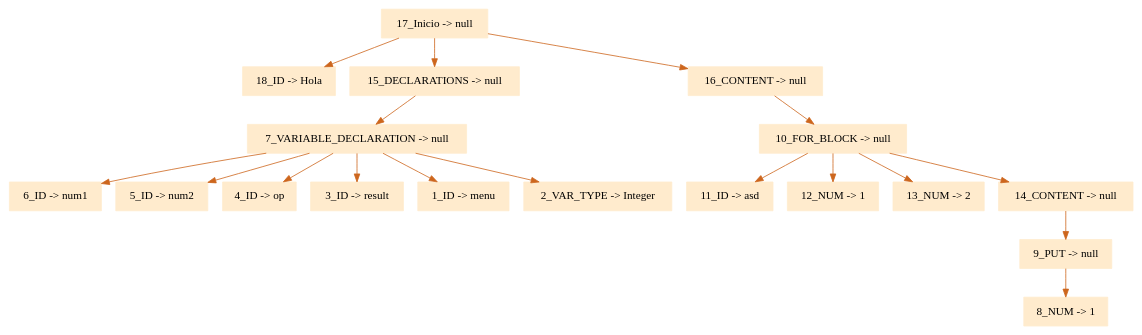
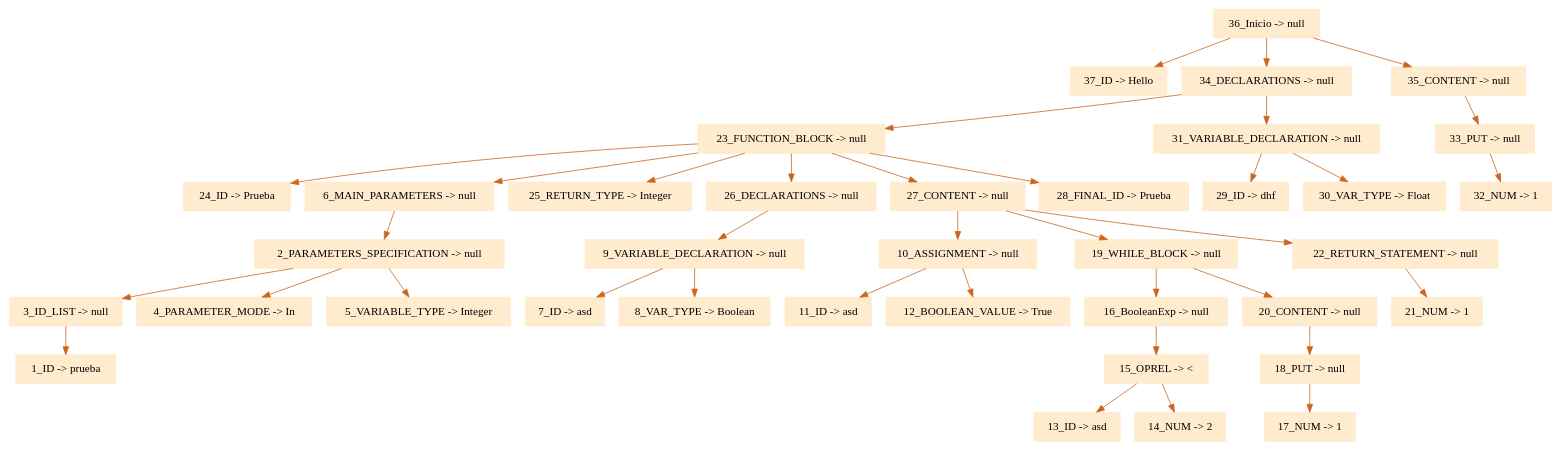
Before and after one commit to FranciscoPagoaga/Ada95-Compiler: the diagram in arbol.dot, drawn with Graphviz. The commit also changed 32 other files, not shown here.

```diff
--- a/arbol.dot
+++ b/arbol.dot
@@ -1,22 +1,41 @@
 digraph G {node[shape=box, style=filled, color=blanchedalmond]; edge[color=chocolate3];rankdir=UD 
 
-"17_Inicio -> null"->"18_ID -> Hola"
-"17_Inicio -> null"->"15_DECLARATIONS -> null"
-"15_DECLARATIONS -> null"->"7_VARIABLE_DECLARATION -> null"
-"7_VARIABLE_DECLARATION -> null"->"6_ID -> num1"
-"7_VARIABLE_DECLARATION -> null"->"5_ID -> num2"
-"7_VARIABLE_DECLARATION -> null"->"4_ID -> op"
-"7_VARIABLE_DECLARATION -> null"->"3_ID -> result"
-"7_VARIABLE_DECLARATION -> null"->"1_ID -> menu"
-"7_VARIABLE_DECLARATION -> null"->"2_VAR_TYPE -> Integer"
-"17_Inicio -> null"->"16_CONTENT -> null"
-"16_CONTENT -> null"->"10_FOR_BLOCK -> null"
-"10_FOR_BLOCK -> null"->"11_ID -> asd"
-"10_FOR_BLOCK -> null"->"12_NUM -> 1"
-"10_FOR_BLOCK -> null"->"13_NUM -> 2"
-"10_FOR_BLOCK -> null"->"14_CONTENT -> null"
-"14_CONTENT -> null"->"9_PUT -> null"
-"9_PUT -> null"->"8_NUM -> 1"
+"36_Inicio -> null"->"37_ID -> Hello"
+"36_Inicio -> null"->"34_DECLARATIONS -> null"
+"34_DECLARATIONS -> null"->"23_FUNCTION_BLOCK -> null"
+"23_FUNCTION_BLOCK -> null"->"24_ID -> Prueba"
+"23_FUNCTION_BLOCK -> null"->"6_MAIN_PARAMETERS -> null"
+"6_MAIN_PARAMETERS -> null"->"2_PARAMETERS_SPECIFICATION -> null"
+"2_PARAMETERS_SPECIFICATION -> null"->"3_ID_LIST -> null"
+"3_ID_LIST -> null"->"1_ID -> prueba"
+"2_PARAMETERS_SPECIFICATION -> null"->"4_PARAMETER_MODE -> In"
+"2_PARAMETERS_SPECIFICATION -> null"->"5_VARIABLE_TYPE -> Integer"
+"23_FUNCTION_BLOCK -> null"->"25_RETURN_TYPE -> Integer"
+"23_FUNCTION_BLOCK -> null"->"26_DECLARATIONS -> null"
+"26_DECLARATIONS -> null"->"9_VARIABLE_DECLARATION -> null"
+"9_VARIABLE_DECLARATION -> null"->"7_ID -> asd"
+"9_VARIABLE_DECLARATION -> null"->"8_VAR_TYPE -> Boolean"
+"23_FUNCTION_BLOCK -> null"->"27_CONTENT -> null"
+"27_CONTENT -> null"->"10_ASSIGNMENT -> null"
+"10_ASSIGNMENT -> null"->"11_ID -> asd"
+"10_ASSIGNMENT -> null"->"12_BOOLEAN_VALUE -> True"
+"27_CONTENT -> null"->"19_WHILE_BLOCK -> null"
+"19_WHILE_BLOCK -> null"->"16_BooleanExp -> null"
+"16_BooleanExp -> null"->"15_OPREL -> <"
+"15_OPREL -> <"->"13_ID -> asd"
+"15_OPREL -> <"->"14_NUM -> 2"
+"19_WHILE_BLOCK -> null"->"20_CONTENT -> null"
+"20_CONTENT -> null"->"18_PUT -> null"
+"18_PUT -> null"->"17_NUM -> 1"
+"27_CONTENT -> null"->"22_RETURN_STATEMENT -> null"
+"22_RETURN_STATEMENT -> null"->"21_NUM -> 1"
+"23_FUNCTION_BLOCK -> null"->"28_FINAL_ID -> Prueba"
+"34_DECLARATIONS -> null"->"31_VARIABLE_DECLARATION -> null"
+"31_VARIABLE_DECLARATION -> null"->"29_ID -> dhf"
+"31_VARIABLE_DECLARATION -> null"->"30_VAR_TYPE -> Float"
+"36_Inicio -> null"->"35_CONTENT -> null"
+"35_CONTENT -> null"->"33_PUT -> null"
+"33_PUT -> null"->"32_NUM -> 1"
 
 
 }
```
